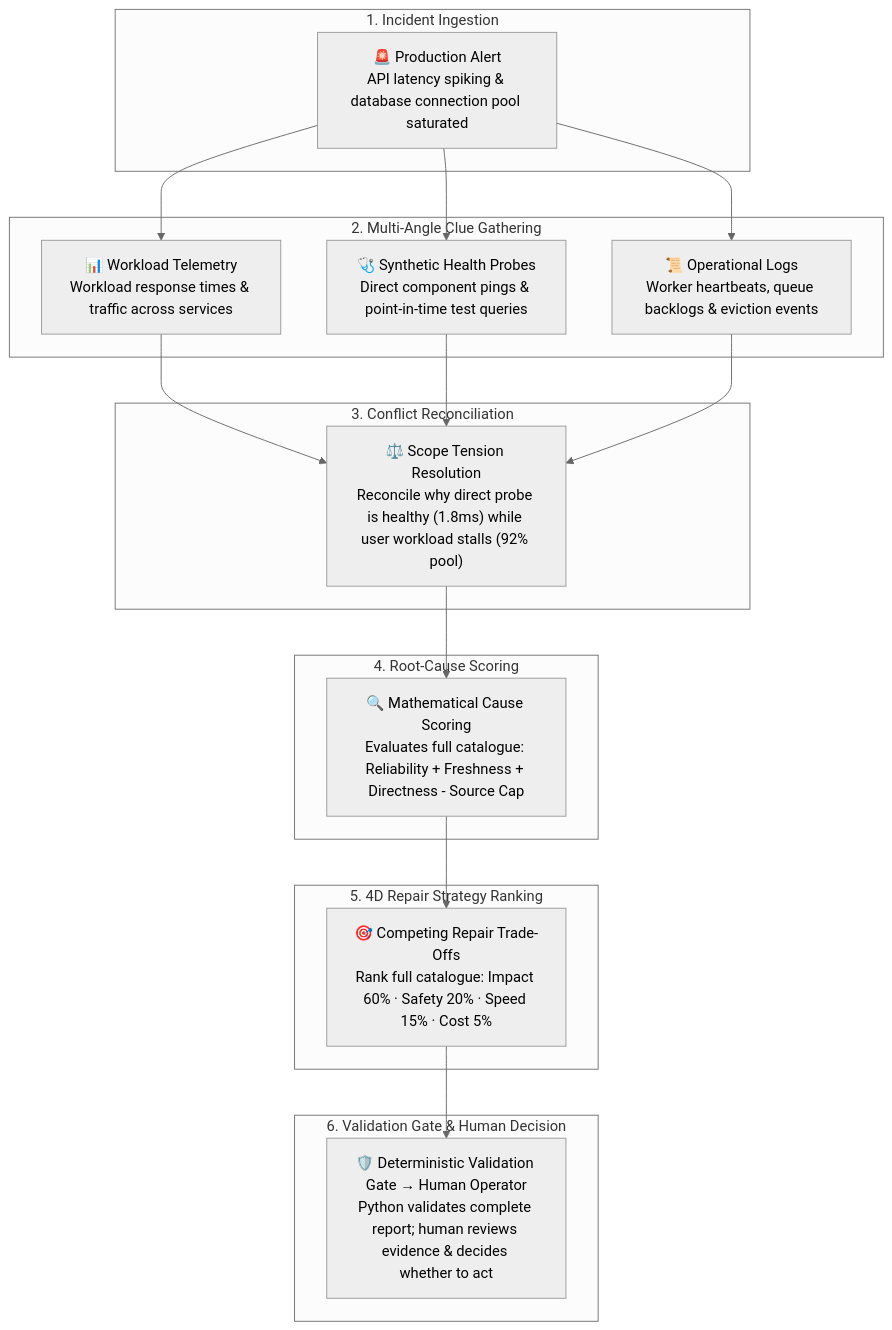
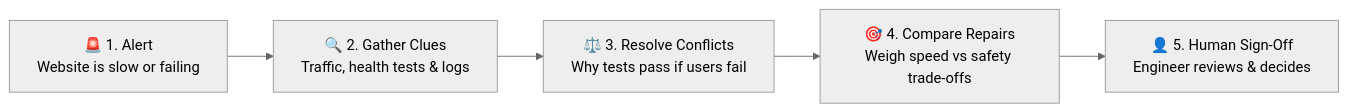
Before and after one commit to AnasBabari/LEC_AI: the first of 2 diagrams in README.md, drawn with Mermaid (neutral theme). The commit also changed other lines of this file, not shown here.

````diff
--- a/README.md
+++ b/README.md
@@ -137,40 +102,7 @@
 ```mermaid
-flowchart TD
-    subgraph S1["1. Incident Ingestion"]
-        Alert["🚨 Production Alert<br/>API latency spiking & database connection pool saturated"]
-    end
-
-    subgraph S2["2. Multi-Angle Clue Gathering"]
-        Telemetry["📊 Workload Telemetry<br/>Workload response times & traffic across services"]
-        Probes["🩺 Synthetic Health Probes<br/>Direct component pings & point-in-time test queries"]
-        Logs["📜 Operational Logs<br/>Worker heartbeats, queue backlogs & eviction events"]
-    end
-
-    subgraph S3["3. Conflict Reconciliation"]
-        Tension["⚖️ Scope Tension Resolution<br/>Reconcile why direct probe is healthy (1.8ms) while user workload stalls (92% pool)"]
-    end
-
-    subgraph S4["4. Root-Cause Scoring"]
-        Causes["🔍 Mathematical Cause Scoring<br/>Evaluates full catalogue: Reliability + Freshness + Directness - Source Cap"]
-    end
-
-    subgraph S5["5. 4D Repair Strategy Ranking"]
-        Repairs["🎯 Competing Repair Trade-Offs<br/>Rank full catalogue: Impact 60% · Safety 20% · Speed 15% · Cost 5%"]
-    end
-
-    subgraph S6["6. Validation Gate & Human Decision"]
-        Approval["🛡️ Deterministic Validation Gate → Human Operator<br/>Python validates complete report; human reviews evidence & decides whether to act"]
-    end
-
-    Alert --> Telemetry
-    Alert --> Probes
-    Alert --> Logs
-
-    Telemetry --> Tension
-    Probes --> Tension
-    Logs --> Tension
-
-    Tension --> Causes
-    Causes --> Repairs
-    Repairs --> Approval
+flowchart LR
+    Alert["🚨 1. Alert<br/>Website is slow or failing"] --> Clues["🔍 2. Gather Clues<br/>Traffic, health tests & logs"]
+    Clues --> Contradiction["⚖️ 3. Resolve Conflicts<br/>Why tests pass if users fail"]
+    Contradiction --> Repairs["🎯 4. Compare Repairs<br/>Weigh speed vs safety trade-offs"]
+    Repairs --> Human["👤 5. Human Sign-Off<br/>Engineer reviews & decides"]
 ```
````
